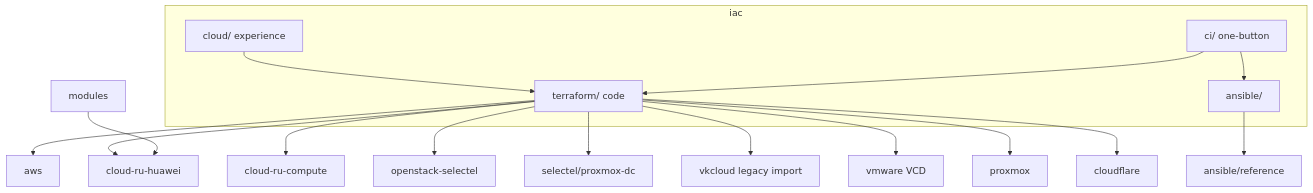
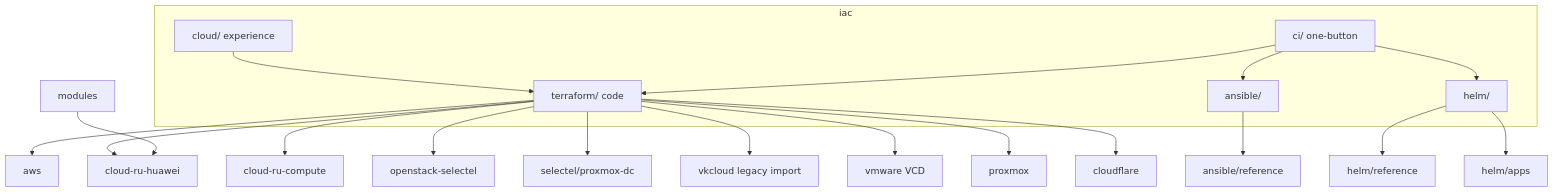
One commit to NarberallGamma/narberall-platform-engineer-lab changed the second of 4 diagrams in README.md. Above: the diagram before and after it, drawn with Mermaid. The commit also changed other lines of this file and 1166 other files, not shown here.

````diff
--- a/README.md
+++ b/README.md
@@ -294,23 +300,27 @@
 ```mermaid
 flowchart TB
   subgraph iac [iac]
     Cloud[cloud/ experience]
     TF[terraform/ code]
     ANS[ansible/]
+    Helm[helm/]
     CI[ci/ one-button]
   end
   Cloud --> TF
   ANS --> RefA[ansible/reference]
+  Helm --> RefH[helm/reference]
+  Helm --> AppsH[helm/apps]
   CI --> TF
   CI --> ANS
+  CI --> Helm
   TF --> AWS[aws]
   TF --> CR[cloud-ru-huawei]
   TF --> CRC[cloud-ru-compute]
   TF --> OS[openstack-selectel]
   TF --> SEL[selectel/proxmox-dc]
   TF --> VK[vkcloud legacy import]
   TF --> VMw[vmware VCD]
   TF --> PX[proxmox]
   TF --> CF[cloudflare]
   Mods[modules] --> CR
 ```
````
